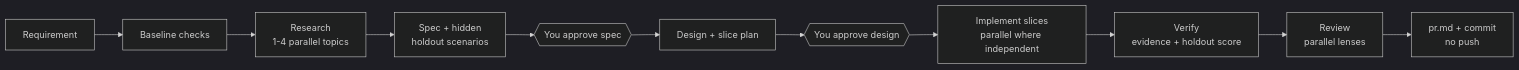
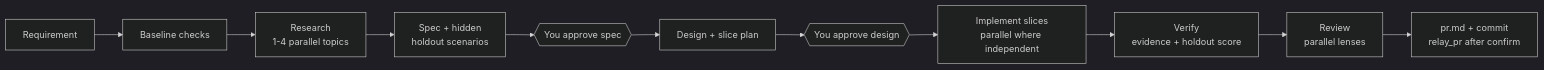
The second of 3 diagrams in README.md (shankar029/relay), drawn with Mermaid (dark theme) before and after one commit. The commit also changed other lines of this file and 12 other files, not shown here.

Commit message:
feat: relay_pr final step (push relay/<slug>, one PR per repo, cross-linked, idempotent) and cross-repo verifier requirement

````diff
--- a/README.md
+++ b/README.md
@@ -90,13 +90,13 @@
 ```mermaid
 flowchart LR
   R[Requirement] --> B[Baseline checks]
   B --> RS[Research<br/>1-4 parallel topics]
   RS --> SP[Spec + hidden<br/>holdout scenarios]
   SP --> A1{{You approve spec}}
   A1 --> D[Design + slice plan]
   D --> A2{{You approve design}}
   A2 --> I[Implement slices<br/>parallel where independent]
   I --> V[Verify<br/>evidence + holdout score]
   V --> RV[Review<br/>parallel lenses]
-  RV --> PR[pr.md + commit<br/>no push]
+  RV --> PR[pr.md + commit<br/>relay_pr after confirm]
 ```
````
